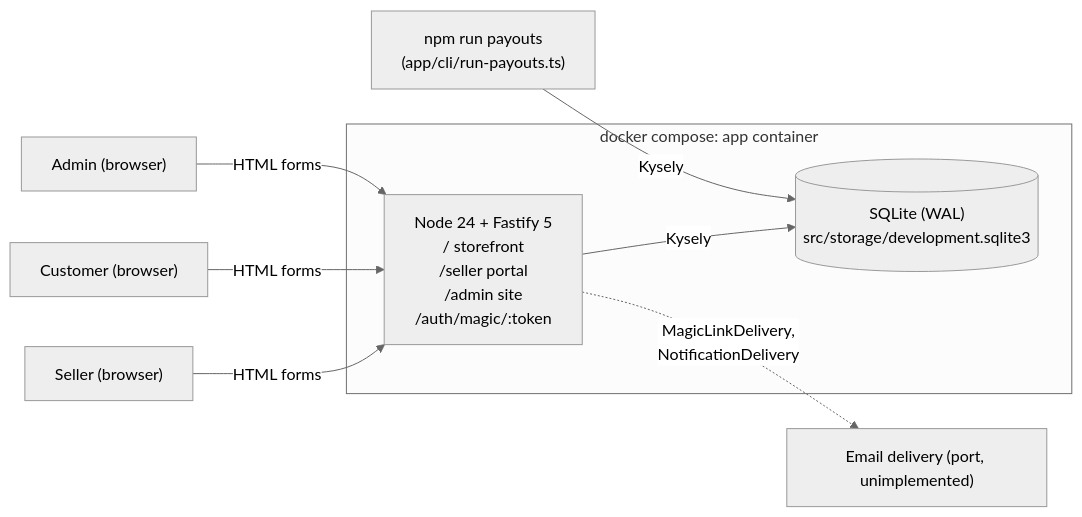
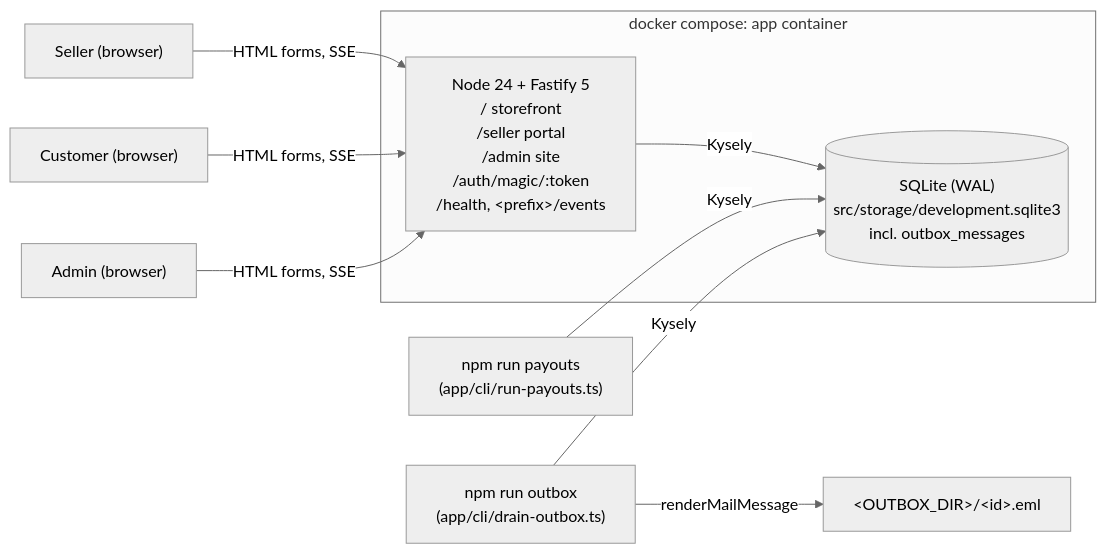
The first of 6 diagrams in prototype/node/docs/architecture.md (jonathan-beebe/art-store), drawn with Mermaid (neutral theme) before and after one commit. The commit also changed other lines of this file and 404 other files, not shown here.

First line of the commit message:
refactor[node]: doctrine sweep — node:sqlite, route schemas, transactions, outbox, SSE, production image [NO-TICKET] (#4)

````diff
--- a/prototype/node/docs/architecture.md
+++ b/prototype/node/docs/architecture.md
@@ -44,13 +58,14 @@
 ```mermaid
 flowchart LR
     subgraph docker["docker compose: app container"]
-        node["Node 24 + Fastify 5<br/>/ storefront<br/>/seller portal<br/>/admin site<br/>/auth/magic/:token"]
-        sqlite[("SQLite (WAL)<br/>src/storage/development.sqlite3")]
+        node["Node 24 + Fastify 5<br/>/ storefront<br/>/seller portal<br/>/admin site<br/>/auth/magic/:token<br/>/health, &lt;prefix&gt;/events"]
+        sqlite[("SQLite (WAL)<br/>src/storage/development.sqlite3<br/>incl. outbox_messages")]
         node -- "Kysely" --> sqlite
     end
-    seller["Seller (browser)"] -- "HTML forms" --> node
-    customer["Customer (browser)"] -- "HTML forms" --> node
-    admin["Admin (browser)"] -- "HTML forms" --> node
+    seller["Seller (browser)"] -- "HTML forms, SSE" --> node
+    customer["Customer (browser)"] -- "HTML forms, SSE" --> node
+    admin["Admin (browser)"] -- "HTML forms, SSE" --> node
     payouts["npm run payouts<br/>(app/cli/run-payouts.ts)"] -- "Kysely" --> sqlite
-    node -. "MagicLinkDelivery,<br/>NotificationDelivery" .-> mail["Email delivery (port, unimplemented)"]
+    outbox["npm run outbox<br/>(app/cli/drain-outbox.ts)"] -- "Kysely" --> sqlite
+    outbox -- "renderMailMessage" --> eml["&lt;OUTBOX_DIR&gt;/&lt;id&gt;.eml"]
 ```
````
